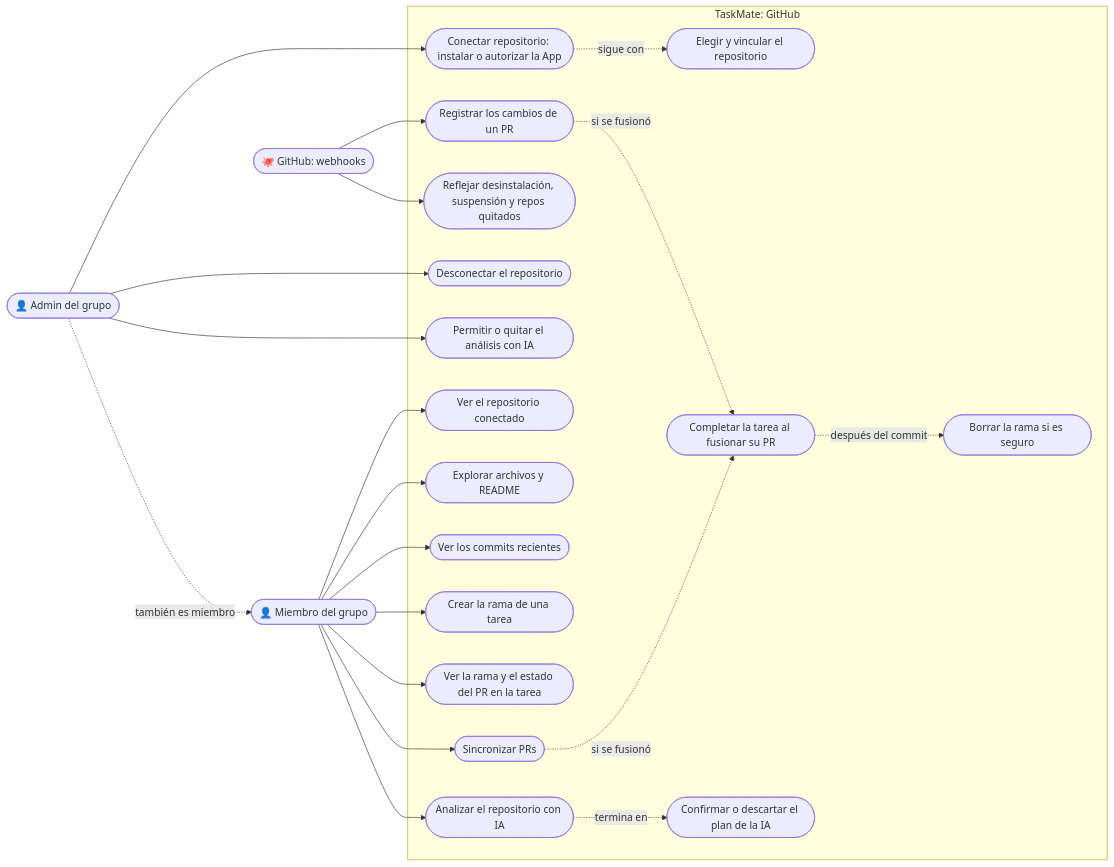
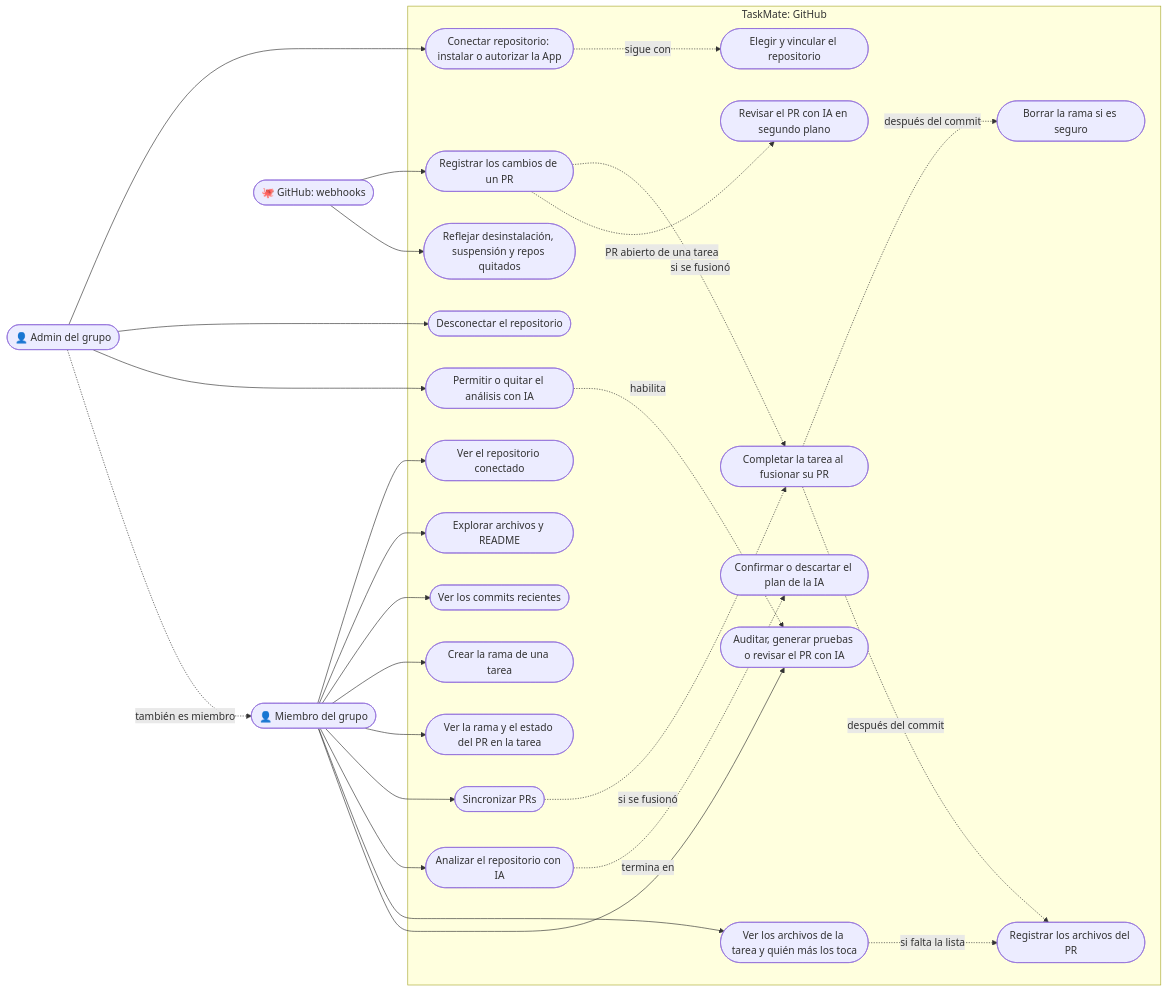
The diagram in documentacion/04-casos-de-uso/07-github.md (PabloP150/proyecto-is-cc6), drawn with Mermaid before and after one commit. The commit also changed other lines of this file and 204 other files, not shown here.

First line of the commit message:
docs: update all documentation, diagrams and PNGs to the test/e2e state

````diff
--- a/documentacion/04-casos-de-uso/07-github.md
+++ b/documentacion/04-casos-de-uso/07-github.md
@@ -5,44 +5,54 @@
 ```mermaid
 flowchart LR
     A(["👤 Admin del grupo"])
     M(["👤 Miembro del grupo"])
     G(["🐙 GitHub: webhooks"])
 
     subgraph SYS["TaskMate: GitHub"]
         uc1(["Conectar repositorio: instalar o autorizar la App"])
         uc2(["Elegir y vincular el repositorio"])
         uc3(["Desconectar el repositorio"])
         uc4(["Permitir o quitar el análisis con IA"])
         uc5(["Ver el repositorio conectado"])
         uc6(["Explorar archivos y README"])
         uc7(["Ver los commits recientes"])
         uc8(["Crear la rama de una tarea"])
         uc9(["Ver la rama y el estado del PR en la tarea"])
         uc10(["Sincronizar PRs"])
         uc11(["Analizar el repositorio con IA"])
         uc12(["Confirmar o descartar el plan de la IA"])
         uc13(["Registrar los cambios de un PR"])
         uc14(["Completar la tarea al fusionar su PR"])
         uc15(["Reflejar desinstalación, suspensión y repos quitados"])
         uc16(["Borrar la rama si es seguro"])
+        uc17(["Ver los archivos de la tarea y quién más los toca"])
+        uc18(["Registrar los archivos del PR"])
+        uc19(["Auditar, generar pruebas o revisar el PR con IA"])
+        uc20(["Revisar el PR con IA en segundo plano"])
     end
 
     A --> uc1
     A --> uc3
     A --> uc4
     A -.->|"también es miembro"| M
     uc1 -.->|"sigue con"| uc2
     M --> uc5
     M --> uc6
     M --> uc7
     M --> uc8
     M --> uc9
     M --> uc10
     M --> uc11
+    M --> uc17
+    M --> uc19
     uc11 -.->|"termina en"| uc12
     G --> uc13
     G --> uc15
     uc13 -.->|"si se fusionó"| uc14
     uc10 -.->|"si se fusionó"| uc14
     uc14 -.->|"después del commit"| uc16
+    uc14 -.->|"después del commit"| uc18
+    uc17 -.->|"si falta la lista"| uc18
+    uc13 -.->|"PR abierto de una tarea"| uc20
+    uc4 -.->|"habilita"| uc19
 ```
````
